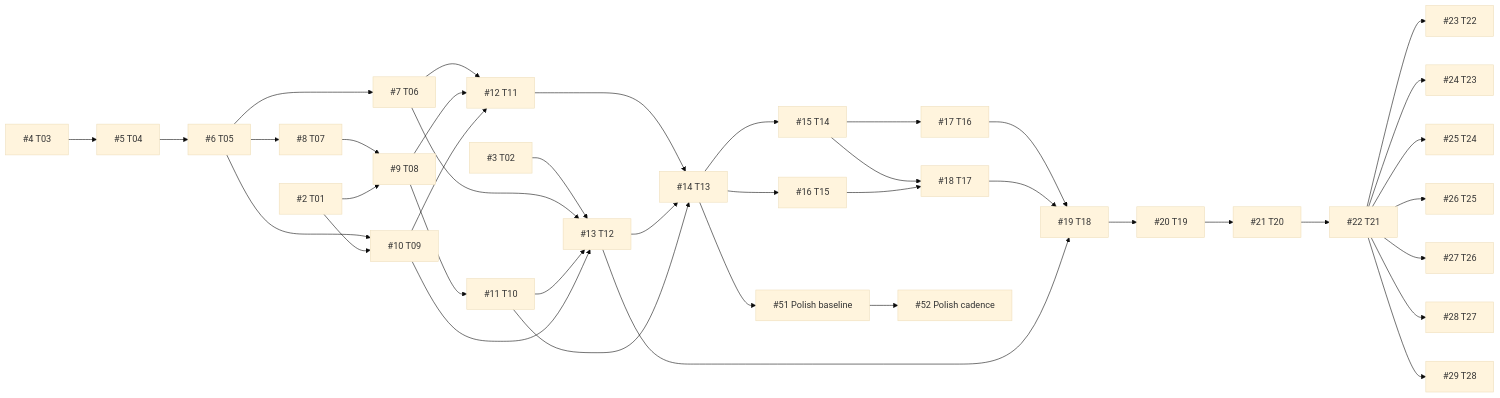
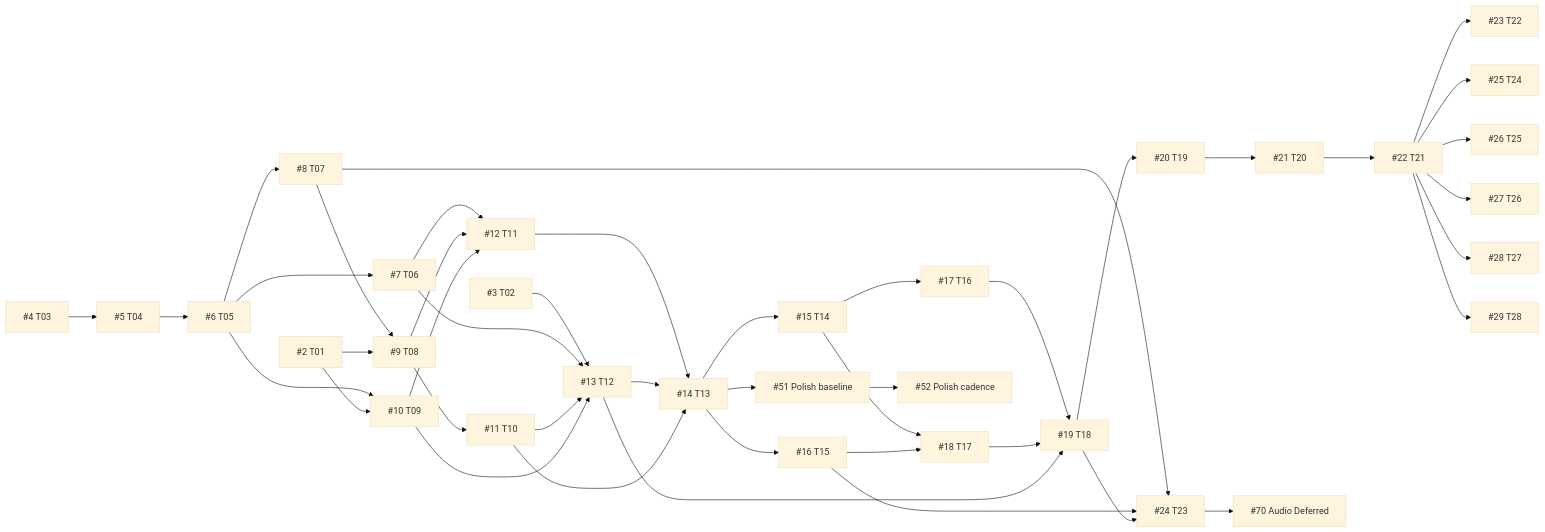
The diagram in docs/product/execution-plan.md (hoangnb24/learn-spine), drawn with Mermaid (base theme) before and after one commit. The commit also changed other lines of this file and 5 other files, not shown here.

````diff
--- a/docs/product/execution-plan.md
+++ b/docs/product/execution-plan.md
@@ -83,70 +85,73 @@
 ```mermaid
 flowchart LR
     T01["#2 T01"]
     T02["#3 T02"]
     T03["#4 T03"]
     T04["#5 T04"]
     T05["#6 T05"]
     T06["#7 T06"]
     T07["#8 T07"]
     T08["#9 T08"]
     T09["#10 T09"]
     T10["#11 T10"]
     T11["#12 T11"]
     T12["#13 T12"]
     T13["#14 T13"]
     T14["#15 T14"]
     T15["#16 T15"]
     T16["#17 T16"]
     T17["#18 T17"]
     T18["#19 T18"]
     T19["#20 T19"]
     T20["#21 T20"]
     T21["#22 T21"]
     T22["#23 T22"]
     T23["#24 T23"]
     T24["#25 T24"]
     T25["#26 T25"]
     T26["#27 T26"]
     T27["#28 T27"]
     T28["#29 T28"]
     T03 --> T04
     T04 --> T05
     T05 --> T06
     T05 --> T07
     T07 --> T08
     T01 --> T08
     T05 --> T09
     T01 --> T09
     T08 --> T10
     T06 --> T11
     T08 --> T11
     T09 --> T11
     T02 --> T12
     T06 --> T12
     T10 --> T12
     T09 --> T12
     T11 --> T13
     T12 --> T13
     T10 --> T13
     T13 --> T29["#51 Polish baseline"]
     T29 --> T30["#52 Polish cadence"]
     T13 --> T14
     T13 --> T15
     T14 --> T16
     T14 --> T17
     T15 --> T17
     T16 --> T18
     T17 --> T18
     T12 --> T18
     T18 --> T19
     T19 --> T20
     T20 --> T21
     T21 --> T22
-    T21 --> T23
+    T07 --> T23
+    T15 --> T23
+    T18 --> T23
+    T23 --> AUDIO["#70 Audio Deferred"]
     T21 --> T24
     T21 --> T25
     T21 --> T26
     T21 --> T27
     T21 --> T28
 ```
````
